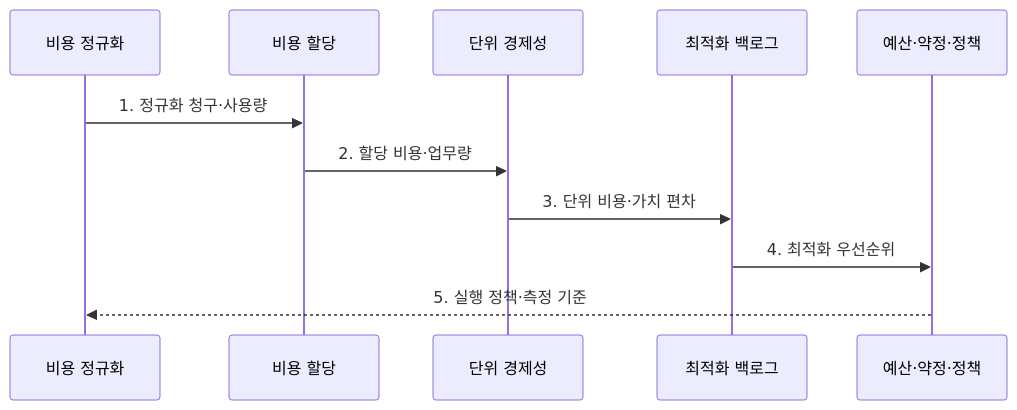
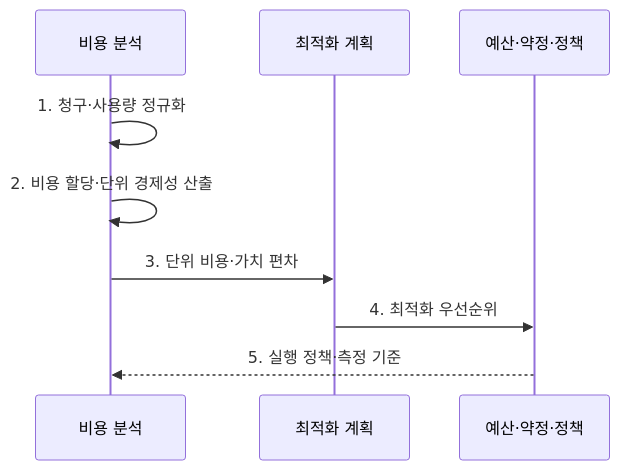
One commit to agnusdei1207/knowledge-base changed the second of 2 diagrams in src/content/docs/notes/03-software/147_finops.md. Above: the diagram before and after it, drawn with Mermaid. The commit also changed other lines of this file and 7 other files, not shown here.

Commit message:
Reduce cloud platform diagram actors

````diff
--- a/src/content/docs/notes/03-software/147_finops.md
+++ b/src/content/docs/notes/03-software/147_finops.md
@@ -97,13 +97,11 @@
 ```mermaid
 sequenceDiagram
-    participant N as 비용 정규화
-    participant A as 비용 할당
-    participant U as 단위 경제성
-    participant B as 최적화 백로그
+    participant A as 비용 분석
+    participant B as 최적화 계획
     participant P as 예산·약정·정책
-    N->>A: 1. 정규화 청구·사용량
-    A->>U: 2. 할당 비용·업무량
-    U->>B: 3. 단위 비용·가치 편차
+    A->>A: 1. 청구·사용량 정규화
+    A->>A: 2. 비용 할당·단위 경제성 산출
+    A->>B: 3. 단위 비용·가치 편차
     B->>P: 4. 최적화 우선순위
-    P-->>N: 5. 실행 정책·측정 기준
+    P-->>A: 5. 실행 정책·측정 기준
 ```
````
